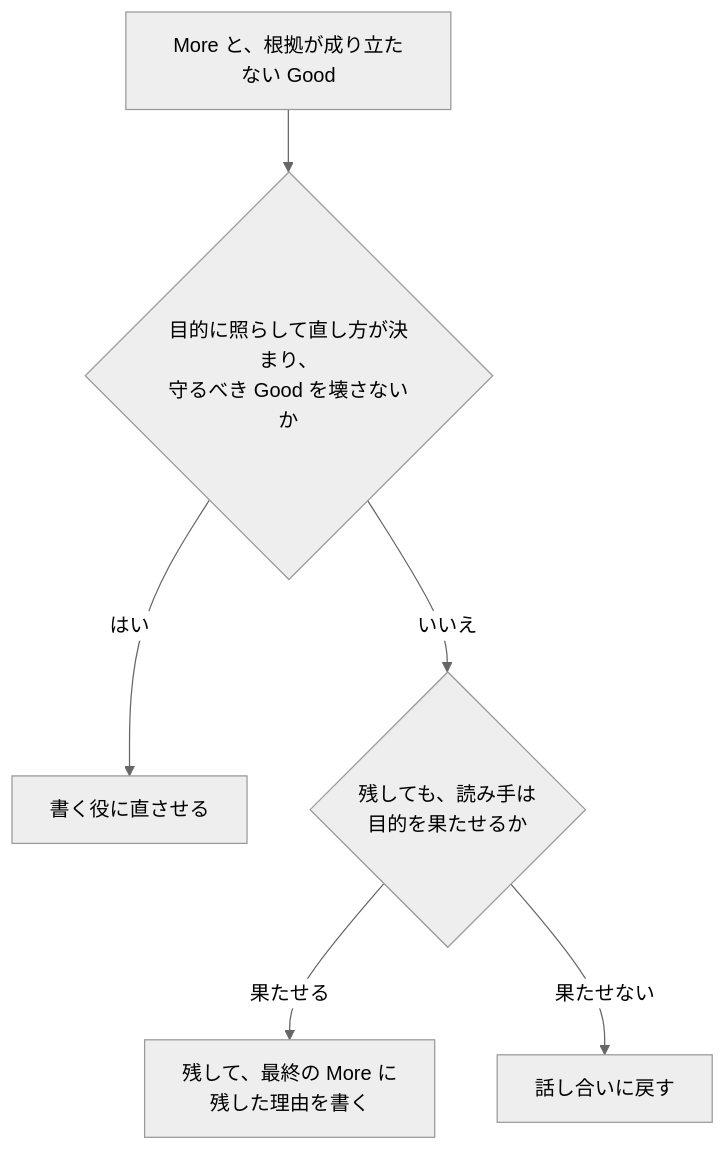
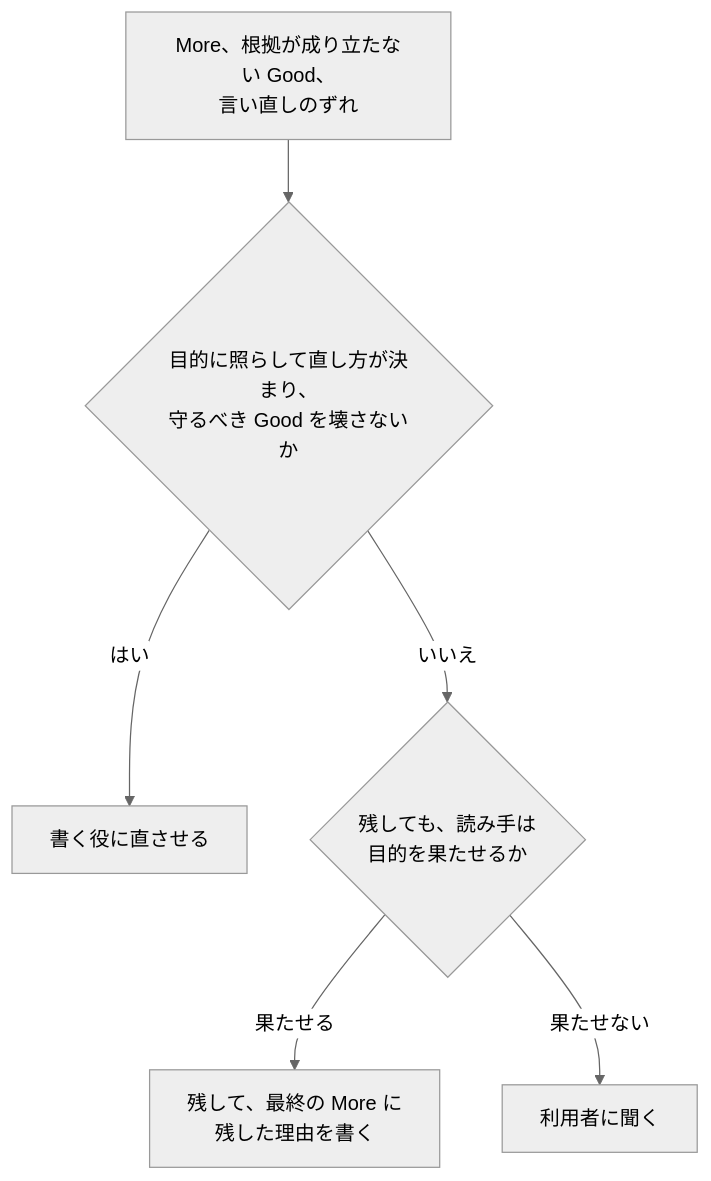
One commit to lovaizu/ccpm changed the fifth of 5 diagrams in writ/docs/design.md. Above: the diagram before and after it, drawn with Mermaid (neutral theme). The commit also changed other lines of this file and 1 other file, not shown here.

````diff
--- a/writ/docs/design.md
+++ b/writ/docs/design.md
@@ -191,14 +191,14 @@
 ```mermaid
 flowchart TD
-  M[More と、根拠が成り立たない Good]
+  M[More、根拠が成り立たない Good、<br/>言い直しのずれ]
   Q1{目的に照らして直し方が決まり、<br/>守るべき Good を壊さないか}
   X[書く役に直させる]
   Q2{残しても、読み手は<br/>目的を果たせるか}
   L[残して、最終の More に<br/>残した理由を書く]
-  B[話し合いに戻す]
+  B[利用者に聞く]
   M --> Q1
   Q1 -->|はい| X
   Q1 -->|いいえ| Q2
   Q2 -->|果たせる| L
   Q2 -->|果たせない| B
 ```
````
